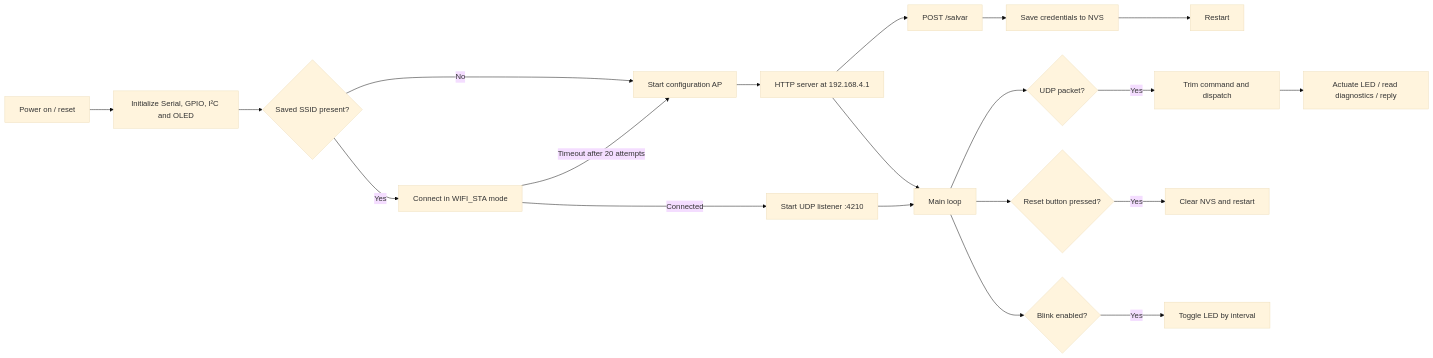
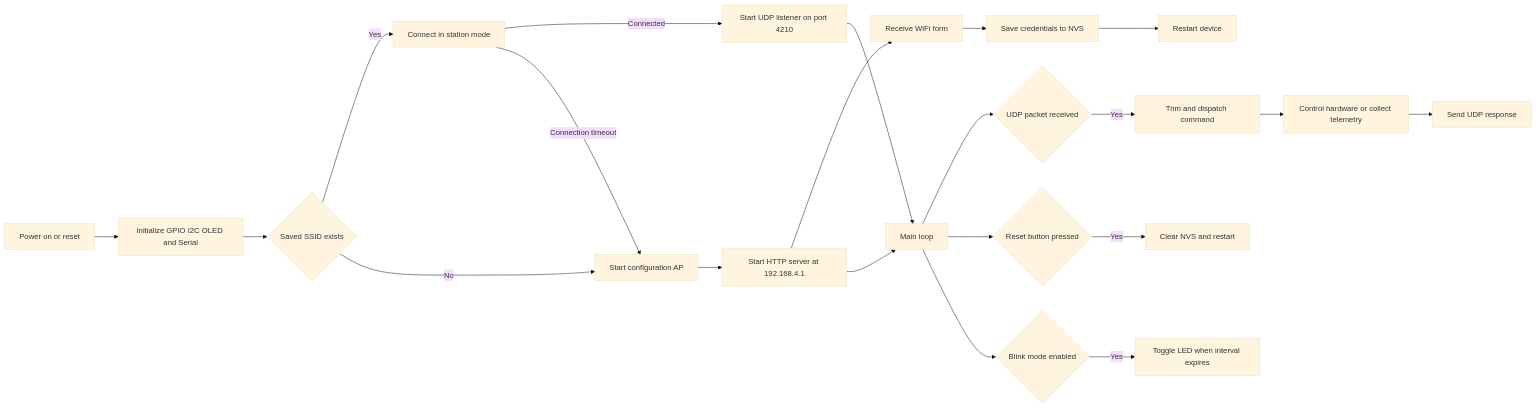
The first of 2 diagrams in README.md (paulocfmarques-collab/esp32_wifi_P4), drawn with Mermaid (base theme) before and after one commit. The commit also changed other lines of this file, not shown here.

Commit message:
Fix GitHub Mermaid sequence diagram rendering

````diff
--- a/README.md
+++ b/README.md
@@ -118,22 +73,23 @@
 ```mermaid
 flowchart LR
-    A[Power on / reset] --> B[Initialize Serial, GPIO, I²C and OLED]
-    B --> C{Saved SSID present?}
-    C -- Yes --> D[Connect in WIFI_STA mode]
-    D -->|Connected| E[Start UDP listener :4210]
-    D -->|Timeout after 20 attempts| F[Start configuration AP]
-    C -- No --> F
-    F --> G[HTTP server at 192.168.4.1]
-    G --> H[POST /salvar]
+    A[Power on or reset] --> B[Initialize GPIO I2C OLED and Serial]
+    B --> C{Saved SSID exists}
+    C -->|Yes| D[Connect in station mode]
+    C -->|No| F[Start configuration AP]
+    D -->|Connected| E[Start UDP listener on port 4210]
+    D -->|Connection timeout| F
+    F --> G[Start HTTP server at 192.168.4.1]
+    G --> H[Receive WiFi form]
     H --> I[Save credentials to NVS]
-    I --> J[Restart]
+    I --> J[Restart device]
     E --> K[Main loop]
     G --> K
-    K --> L{UDP packet?}
-    L -- Yes --> M[Trim command and dispatch]
-    M --> N[Actuate LED / read diagnostics / reply]
-    K --> O{Reset button pressed?}
-    O -- Yes --> P[Clear NVS and restart]
-    K --> Q{Blink enabled?}
-    Q -- Yes --> R[Toggle LED by interval]
+    K --> L{UDP packet received}
+    L -->|Yes| M[Trim and dispatch command]
+    M --> N[Control hardware or collect telemetry]
+    N --> O[Send UDP response]
+    K --> P{Reset button pressed}
+    P -->|Yes| Q[Clear NVS and restart]
+    K --> R{Blink mode enabled}
+    R -->|Yes| S[Toggle LED when interval expires]
 ```
````
